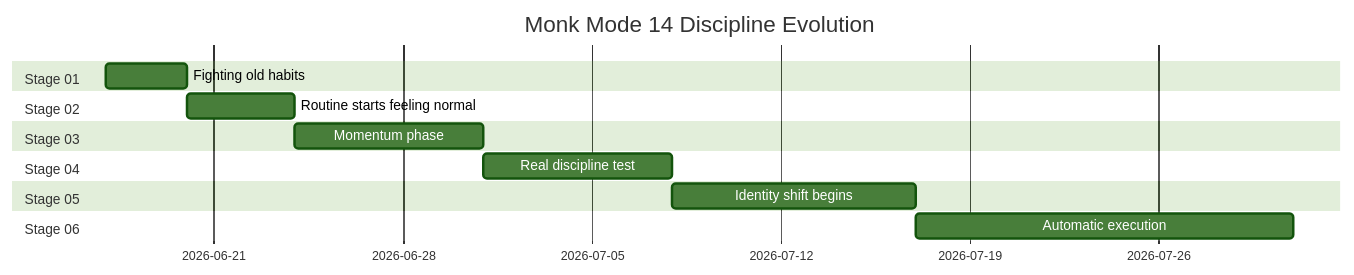
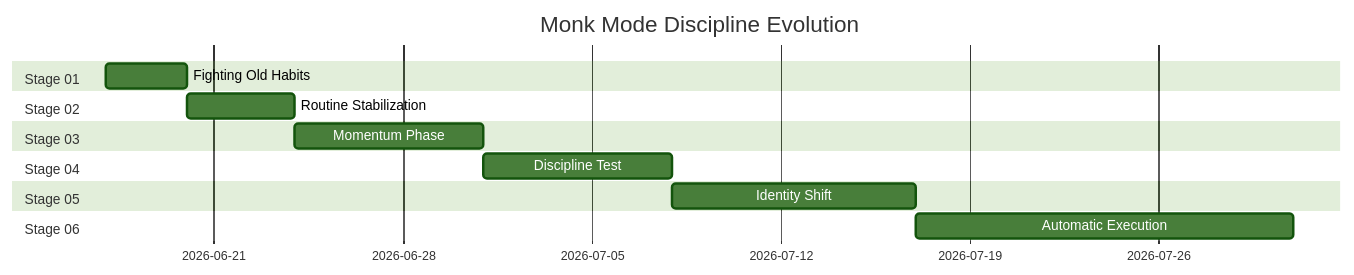
One commit to Boosterboy12/Monk-Mode-14 changed the second of 3 diagrams in README.md. Above: the diagram before and after it, drawn with Mermaid (forest theme). The commit also changed other lines of this file, not shown here.

````diff
--- a/README.md
+++ b/README.md
@@ -125,17 +228,17 @@
 ```mermaid
 gantt
-    title Monk Mode 14 Discipline Evolution
+    title Monk Mode Discipline Evolution
     dateFormat  YYYY-MM-DD
     section Stage 01
-    Fighting old habits           :a1, 2026-06-17, 3d
+    Fighting Old Habits           :a1, 2026-06-17, 3d
     section Stage 02
-    Routine starts feeling normal :a2, after a1, 4d
+    Routine Stabilization         :a2, after a1, 4d
     section Stage 03
-    Momentum phase                :a3, after a2, 7d
+    Momentum Phase                :a3, after a2, 7d
     section Stage 04
-    Real discipline test          :a4, after a3, 7d
+    Discipline Test               :a4, after a3, 7d
     section Stage 05
-    Identity shift begins         :a5, after a4, 9d
+    Identity Shift                :a5, after a4, 9d
     section Stage 06
-    Automatic execution           :a6, after a5, 14d
+    Automatic Execution           :a6, after a5, 14d
 ```
````
